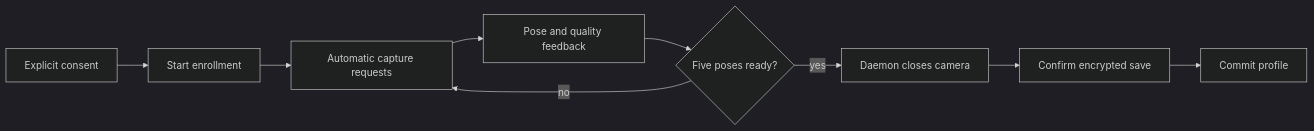
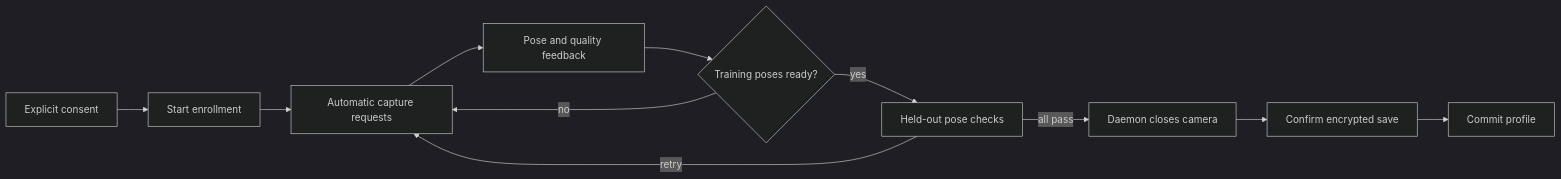
The diagram in docs/gui.md (justneeraj12/face-unlock-linux), drawn with Mermaid (dark theme) before and after one commit. The commit also changed other lines of this file and 25 other files, not shown here.

Commit message:
Require held-out enrollment validation

````diff
--- a/docs/gui.md
+++ b/docs/gui.md
@@ -8,11 +8,13 @@
 ```mermaid
 flowchart LR
     Consent[Explicit consent] --> Start[Start enrollment]
     Start --> Capture[Automatic capture requests]
     Capture --> Feedback[Pose and quality feedback]
-    Feedback --> Ready{Five poses ready?}
-    Ready -->|no| Capture
-    Ready -->|yes| Closed[Daemon closes camera]
+    Feedback --> Training{Training poses ready?}
+    Training -->|no| Capture
+    Training -->|yes| Validate[Held-out pose checks]
+    Validate -->|retry| Capture
+    Validate -->|all pass| Closed[Daemon closes camera]
     Closed --> Confirm[Confirm encrypted save]
     Confirm --> Commit[Commit profile]
 ```
````
